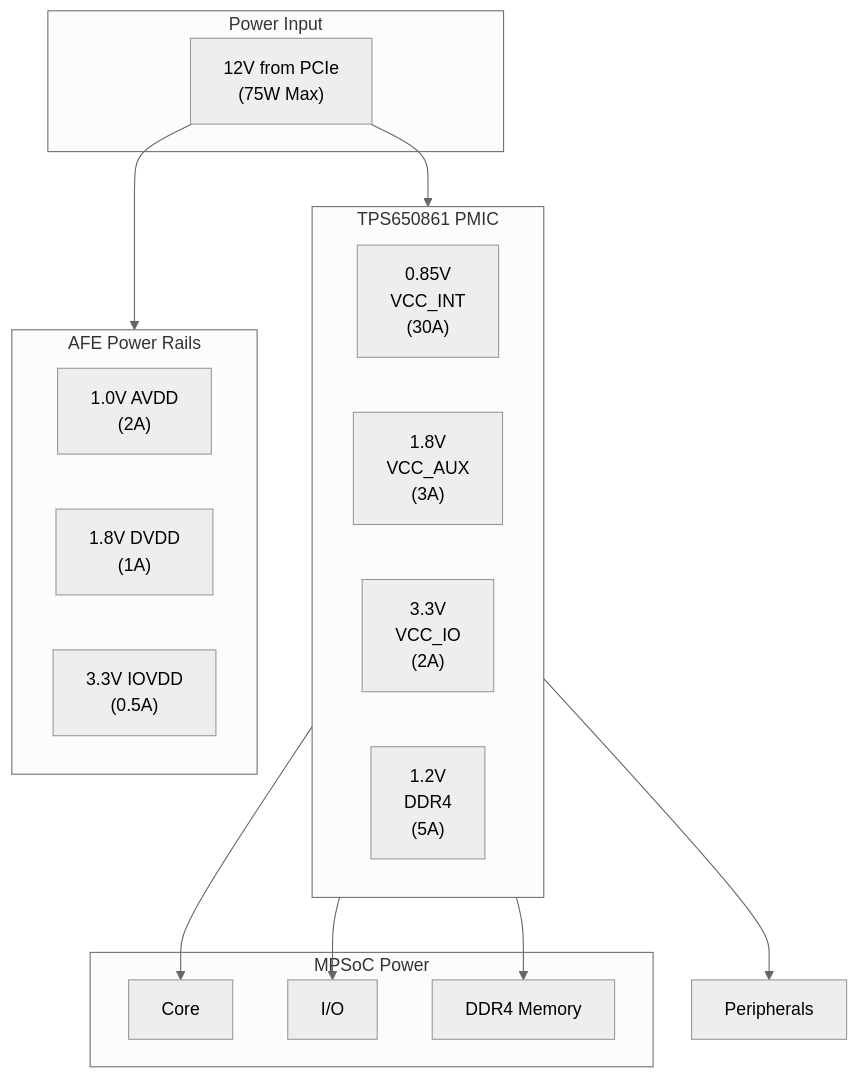
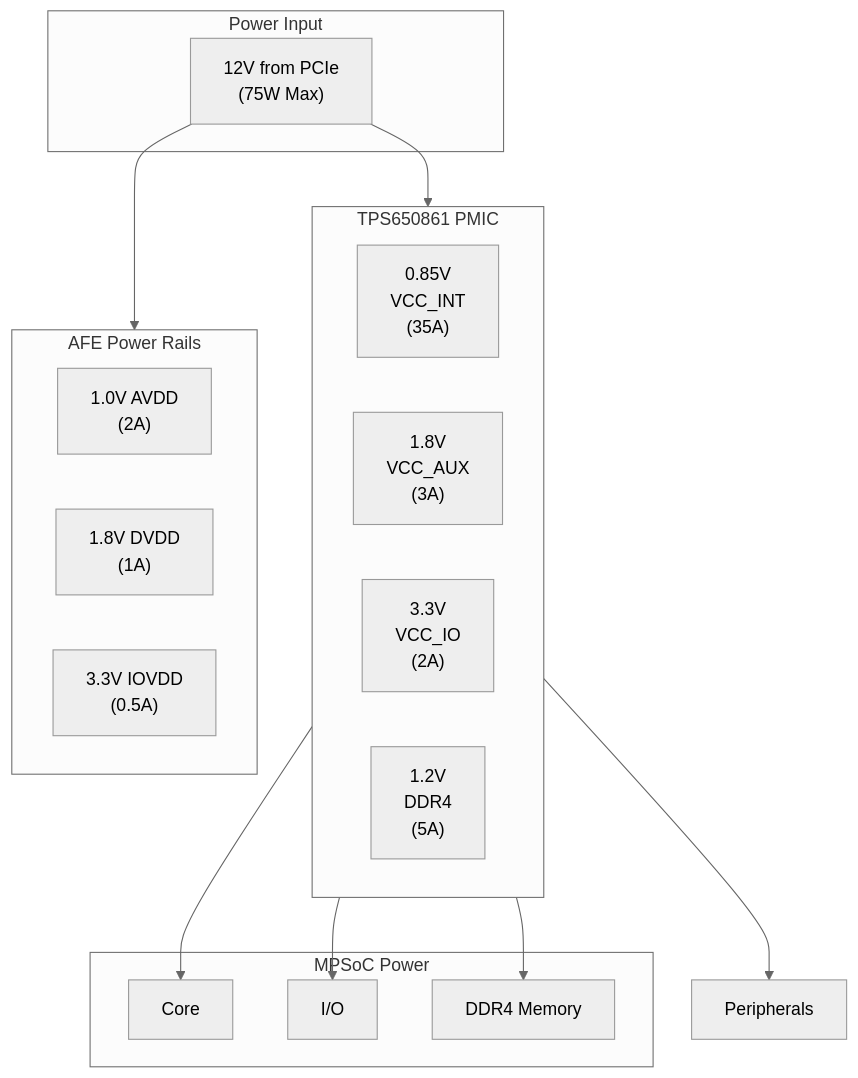
Diagram 11 of 19 in docs/sdr_board_project_plan.md (EttusResearch/uhd), drawn with Mermaid (neutral theme) before and after one commit. The commit also changed other lines of this file, not shown here.

````diff
--- a/docs/sdr_board_project_plan.md
+++ b/docs/sdr_board_project_plan.md
@@ -410,34 +541,34 @@
 ```mermaid
 flowchart TB
     subgraph INPUT["Power Input"]
         PCIe_12V["12V from PCIe<br/>(75W Max)"]
     end
 
     subgraph PMIC["TPS650861 PMIC"]
         direction LR
-        VCC_INT["0.85V<br/>VCC_INT<br/>(30A)"]
+        VCC_INT["0.85V<br/>VCC_INT<br/>(35A)"]
         VCC_AUX["1.8V<br/>VCC_AUX<br/>(3A)"]
         VCC_IO["3.3V<br/>VCC_IO<br/>(2A)"]
         DDR4_V["1.2V<br/>DDR4<br/>(5A)"]
     end
 
     subgraph MPSOC_PWR["MPSoC Power"]
         CORE["Core"]
         IO["I/O"]
         DDR["DDR4 Memory"]
     end
 
     subgraph AFE_PWR["AFE Power Rails"]
         AVDD["1.0V AVDD<br/>(2A)"]
         DVDD["1.8V DVDD<br/>(1A)"]
         IOVDD["3.3V IOVDD<br/>(0.5A)"]
     end
 
     PCIe_12V --> PMIC
     VCC_INT --> CORE
     VCC_AUX --> IO
     VCC_IO --> PERIPH["Peripherals"]
     DDR4_V --> DDR
 
     PCIe_12V --> AFE_PWR
 ```
````
